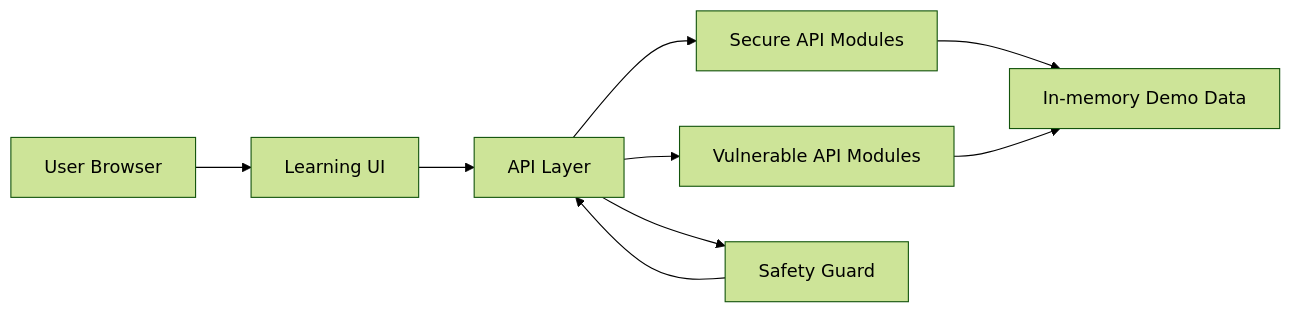
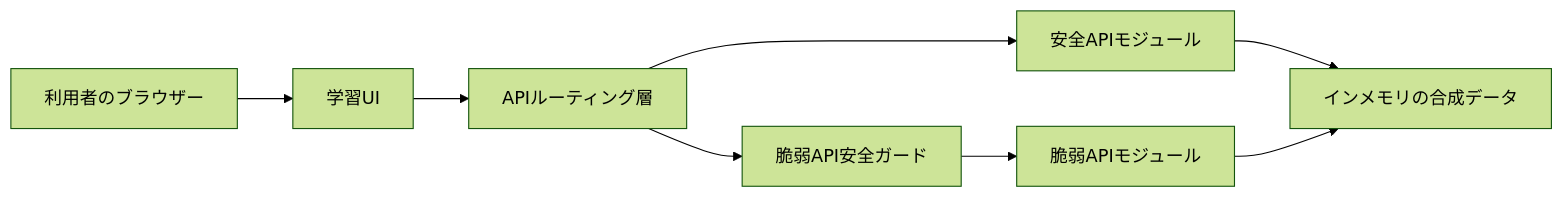
One commit to kiryu1211/api-security-lab-platform changed the first of 8 diagrams in docs/design.ja.md. Above: the diagram before and after it, drawn with Mermaid (forest theme). The commit also changed other lines of this file and 15 other files, not shown here.

````diff
--- a/docs/design.ja.md
+++ b/docs/design.ja.md
@@ -20,11 +20,10 @@
 ```mermaid
 flowchart LR
-    U[User Browser] --> UI[Learning UI]
-    UI --> API[API Layer]
-    API --> Safe[Secure API Modules]
-    API --> Vuln[Vulnerable API Modules]
-    API --> Guard[Safety Guard]
-    Safe --> Data[In-memory Demo Data]
+    U[利用者のブラウザー] --> UI[学習UI]
+    UI --> API[APIルーティング層]
+    API --> Safe[安全APIモジュール]
+    API --> Guard[脆弱API安全ガード]
+    Guard --> Vuln[脆弱APIモジュール]
+    Safe --> Data[インメモリの合成データ]
     Vuln --> Data
-    Guard --> API
 ```
````
